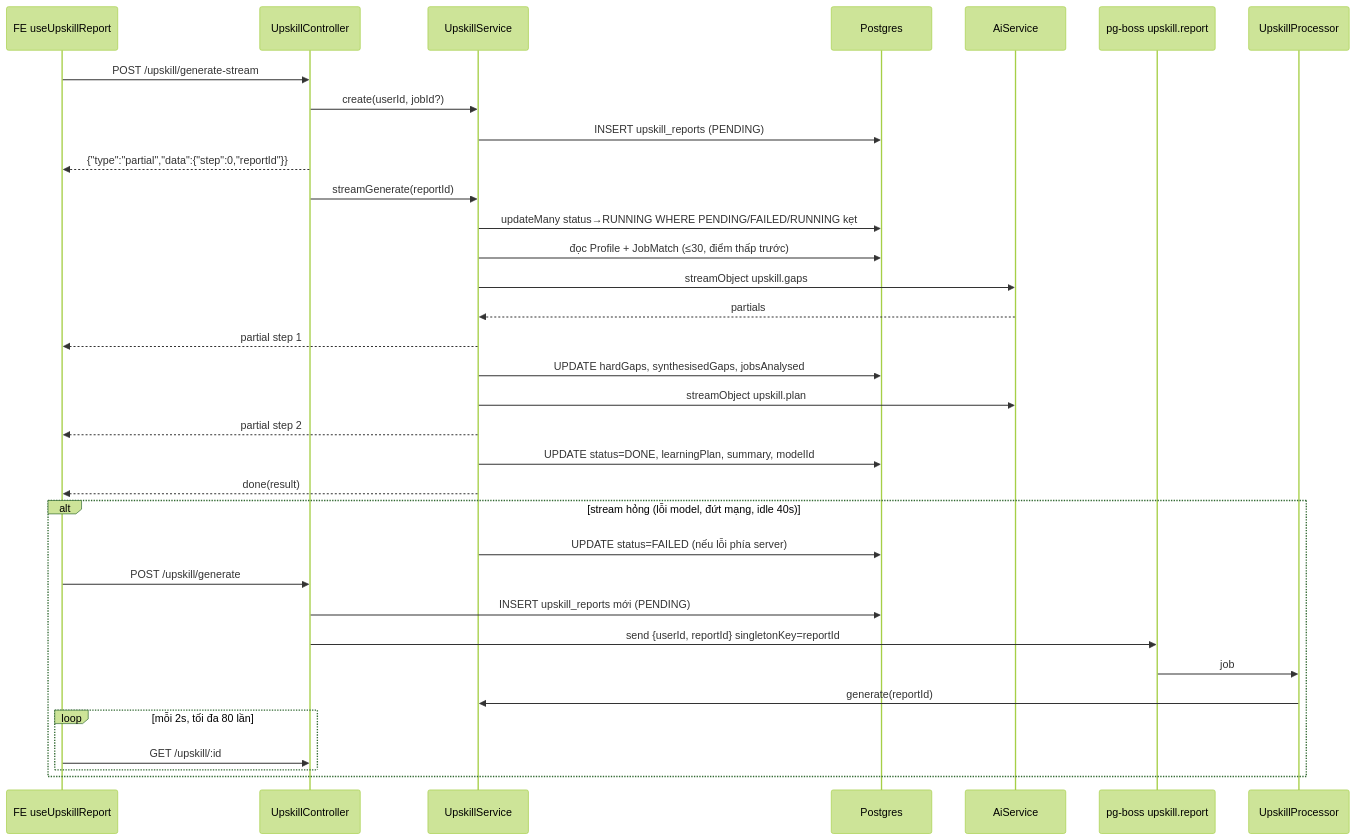
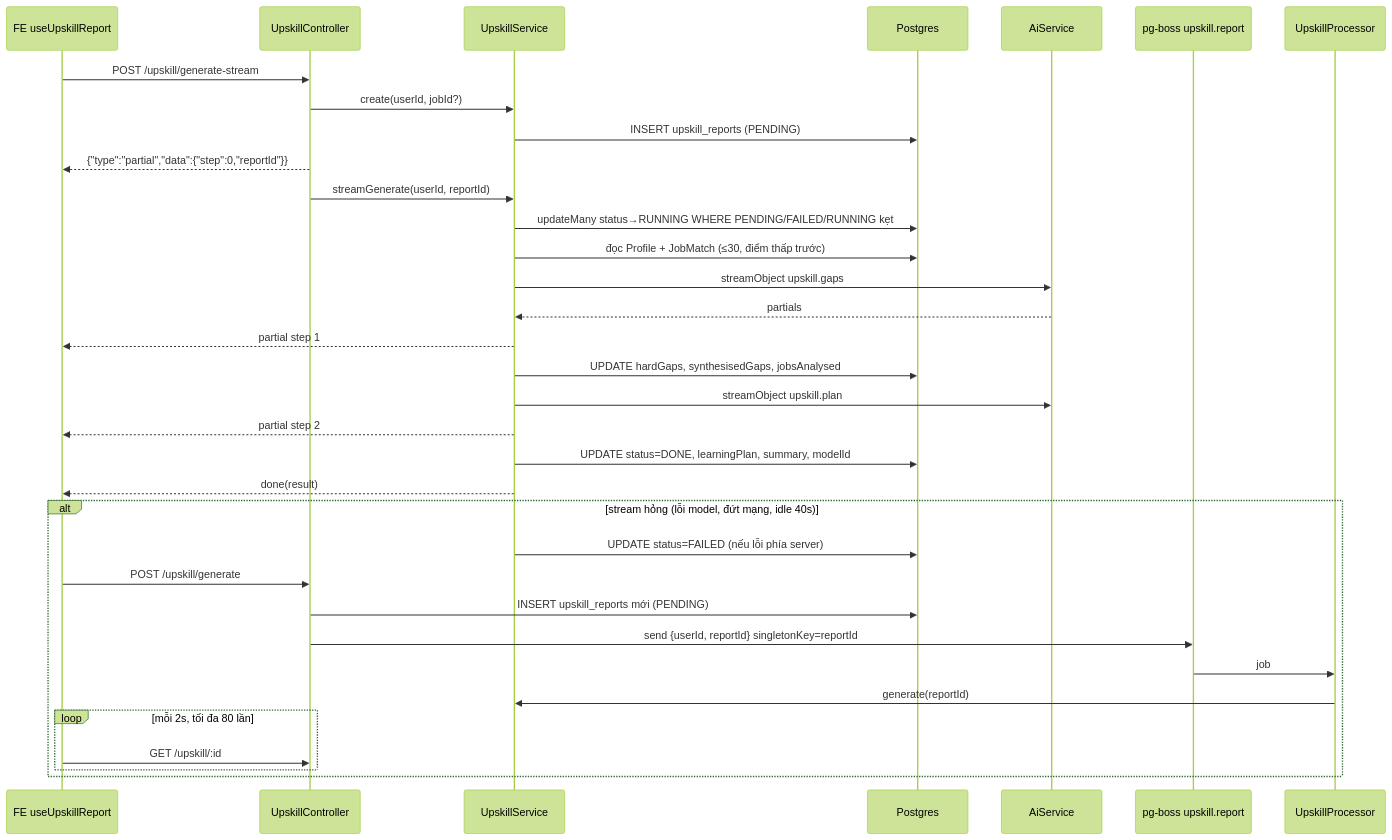
Before and after one commit to BuiThienHoang221204/ai-job-search: the second of 5 diagrams in docs/business-flows/modules/upskill.md, drawn with Mermaid (forest theme). The commit also changed other lines of this file and 10 other files, not shown here.

Commit message:
docs: N+1 rule in CLAUDE.md and business flows for the audit fixes

````diff
--- a/docs/business-flows/modules/upskill.md
+++ b/docs/business-flows/modules/upskill.md
@@ -212,36 +212,36 @@
 ```mermaid
 sequenceDiagram
     participant FE as FE useUpskillReport
     participant C as UpskillController
     participant S as UpskillService
     participant DB as Postgres
     participant AI as AiService
     participant Q as pg-boss upskill.report
     participant W as UpskillProcessor
     FE->>C: POST /upskill/generate-stream
     C->>S: create(userId, jobId?)
     S->>DB: INSERT upskill_reports (PENDING)
     C-->>FE: {"type":"partial","data":{"step":0,"reportId"}}
-    C->>S: streamGenerate(reportId)
+    C->>S: streamGenerate(userId, reportId)
     S->>DB: updateMany status→RUNNING WHERE PENDING/FAILED/RUNNING kẹt
     S->>DB: đọc Profile + JobMatch (≤30, điểm thấp trước)
     S->>AI: streamObject upskill.gaps
     AI-->>S: partials
     S-->>FE: partial step 1
     S->>DB: UPDATE hardGaps, synthesisedGaps, jobsAnalysed
     S->>AI: streamObject upskill.plan
     S-->>FE: partial step 2
     S->>DB: UPDATE status=DONE, learningPlan, summary, modelId
     S-->>FE: done(result)
     alt stream hỏng (lỗi model, đứt mạng, idle 40s)
         S->>DB: UPDATE status=FAILED (nếu lỗi phía server)
         FE->>C: POST /upskill/generate
         C->>DB: INSERT upskill_reports mới (PENDING)
         C->>Q: send {userId, reportId} singletonKey=reportId
         Q->>W: job
         W->>S: generate(reportId)
         loop mỗi 2s, tối đa 80 lần
             FE->>C: GET /upskill/:id
         end
     end
 ```
````
